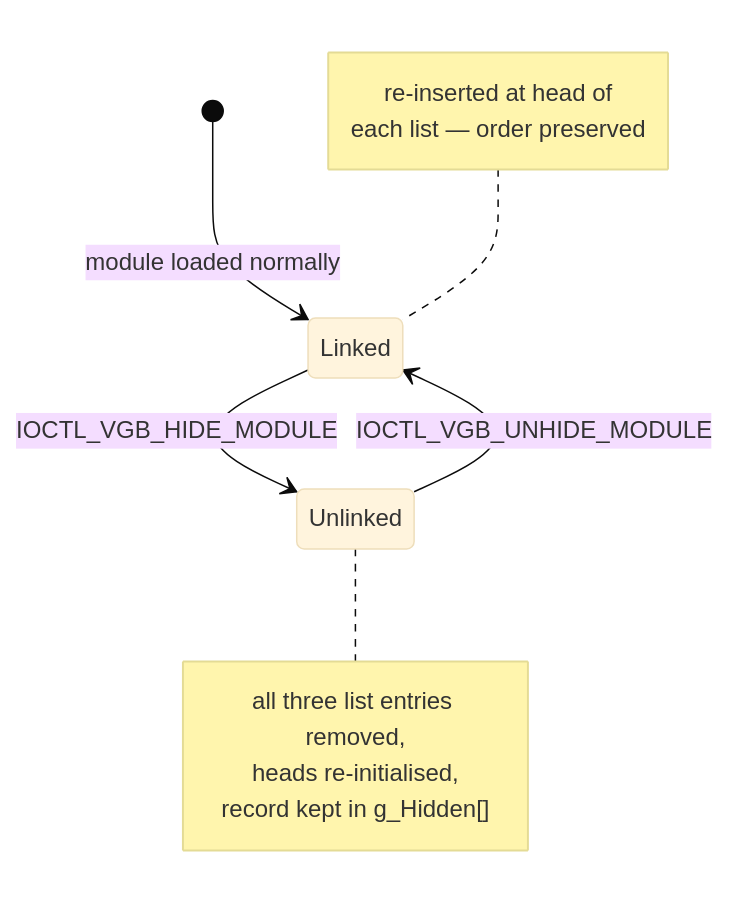
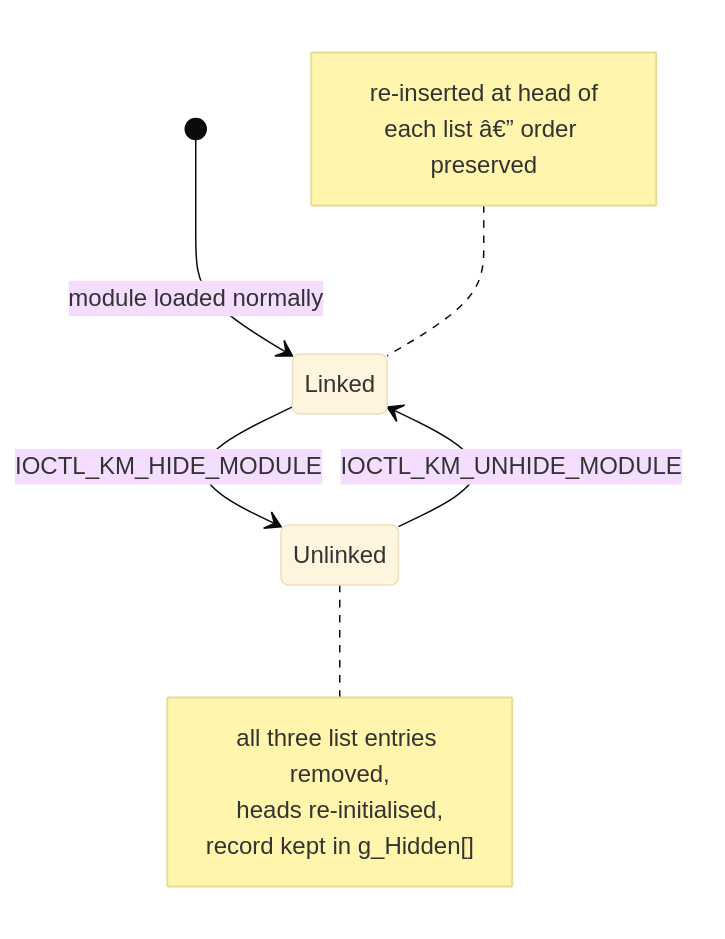
Before and after one commit to 0xMALVEE/kernmem: the fifth of 7 diagrams in docs/component-flows.md, drawn with Mermaid (base theme). The commit also changed other lines of this file and 919 other files, not shown here.

````diff
--- a/docs/component-flows.md
+++ b/docs/component-flows.md
@@ -147,15 +147,15 @@
 ```mermaid
 stateDiagram-v2
     [*] --> Linked: module loaded normally
-    Linked --> Unlinked: IOCTL_VGB_HIDE_MODULE
+    Linked --> Unlinked: IOCTL_KM_HIDE_MODULE
     note right of Unlinked
         all three list entries removed,
         heads re-initialised,
         record kept in g_Hidden[]
     end note
-    Unlinked --> Linked: IOCTL_VGB_UNHIDE_MODULE
+    Unlinked --> Linked: IOCTL_KM_UNHIDE_MODULE
     note left of Linked
         re-inserted at head of
-        each list — order preserved
+        each list â€” order preserved
     end note
 ```
````
